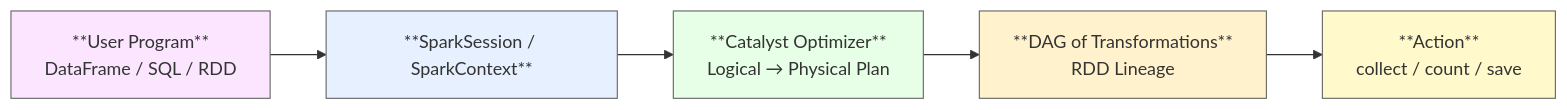
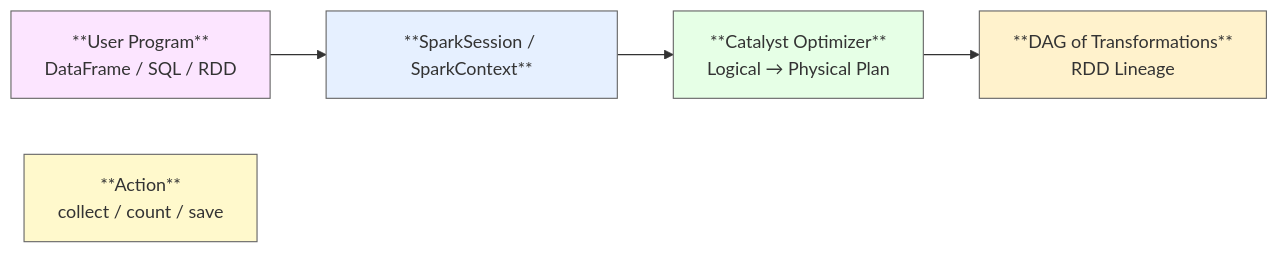
The first of 13 diagrams in README.md (blaire101/Spark-Journey-2025), drawn with Mermaid before and after one commit.

````diff
--- a/README.md
+++ b/README.md
@@ -35,21 +35,21 @@
 ```mermaid
 flowchart LR
     A[**User Program**<br>DataFrame / SQL / RDD] --> B[**SparkSession / SparkContext**]
     B --> C[**Catalyst Optimizer**<br>Logical → Physical Plan]
     C --> X[**DAG of Transformations**<br>RDD Lineage]
-    X --> Y[**Action**<br>collect / count / save]
+    Y[**Action**<br>collect / count / save]
 
     %% === Color classes (lighter colors) ===
     classDef user fill:#fce5ff,stroke:#666,stroke-width:1px;
     classDef context fill:#e6f0ff,stroke:#666,stroke-width:1px;
     classDef catalyst fill:#e6ffe6,stroke:#666,stroke-width:1px;
     classDef dag fill:#fff2cc,stroke:#666,stroke-width:1px;
     classDef action fill:#fff9cc,stroke:#666,stroke-width:1px;
 
     %% === Assign classes ===
     class A user;
     class B context;
     class C catalyst;
     class X dag;
     class Y action;
 ```
````
